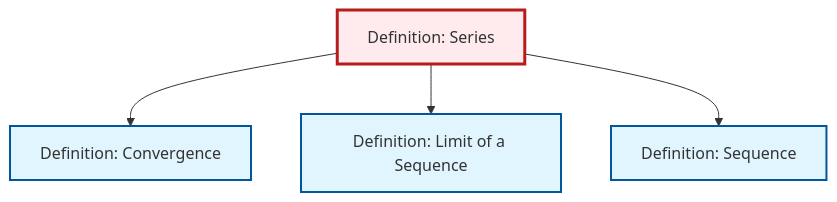
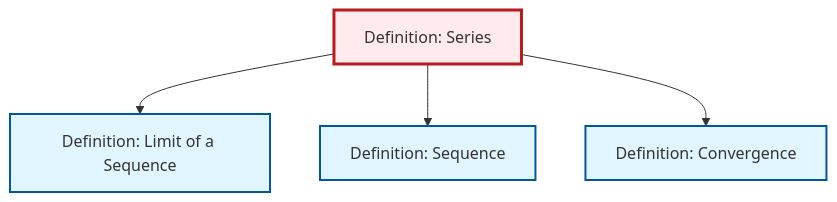
One commit to RK0429/ModernMath changed the diagram in content/en/analysis/def-series.qmd. Above: the diagram before and after it, drawn with Mermaid. The commit also changed other lines of this file and 491 other files, not shown here.

````diff
--- a/content/en/analysis/def-series.qmd
+++ b/content/en/analysis/def-series.qmd
@@ -89,20 +89,20 @@
 ```{mermaid}
 %%| fig-cap: "Local dependency graph"
 graph TD
     classDef definition fill:#e1f5fe,stroke:#01579b,stroke-width:2px
     classDef theorem fill:#f3e5f5,stroke:#4a148c,stroke-width:2px
     classDef axiom fill:#fff3e0,stroke:#e65100,stroke-width:2px
     classDef example fill:#e8f5e9,stroke:#1b5e20,stroke-width:2px
     classDef current fill:#ffebee,stroke:#b71c1c,stroke-width:3px
+    def-series["Definition: Series"]:::definition
+    def-limit["Definition: Limit of a Sequence"]:::definition
+    def-convergence["Definition: Convergence"]:::definition
     def-sequence["Definition: Sequence"]:::definition
-    def-series["Definition: Series"]:::definition
-    def-convergence["Definition: Convergence"]:::definition
-    def-limit["Definition: Limit of a Sequence"]:::definition
-    def-series --> def-convergence
     def-series --> def-limit
     def-series --> def-sequence
+    def-series --> def-convergence
     class def-series current
+    click def-limit "def-limit.html" "Go to Limit of a Sequence definition"
+    click def-convergence "def-convergence.html" "Go to Convergence definition"
     click def-sequence "def-sequence.html" "Go to Sequence definition"
-    click def-convergence "def-convergence.html" "Go to Convergence definition"
-    click def-limit "def-limit.html" "Go to Limit of a Sequence definition"
 ```
````
